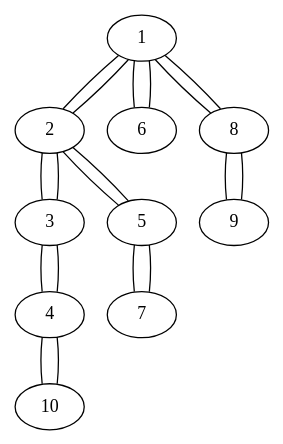
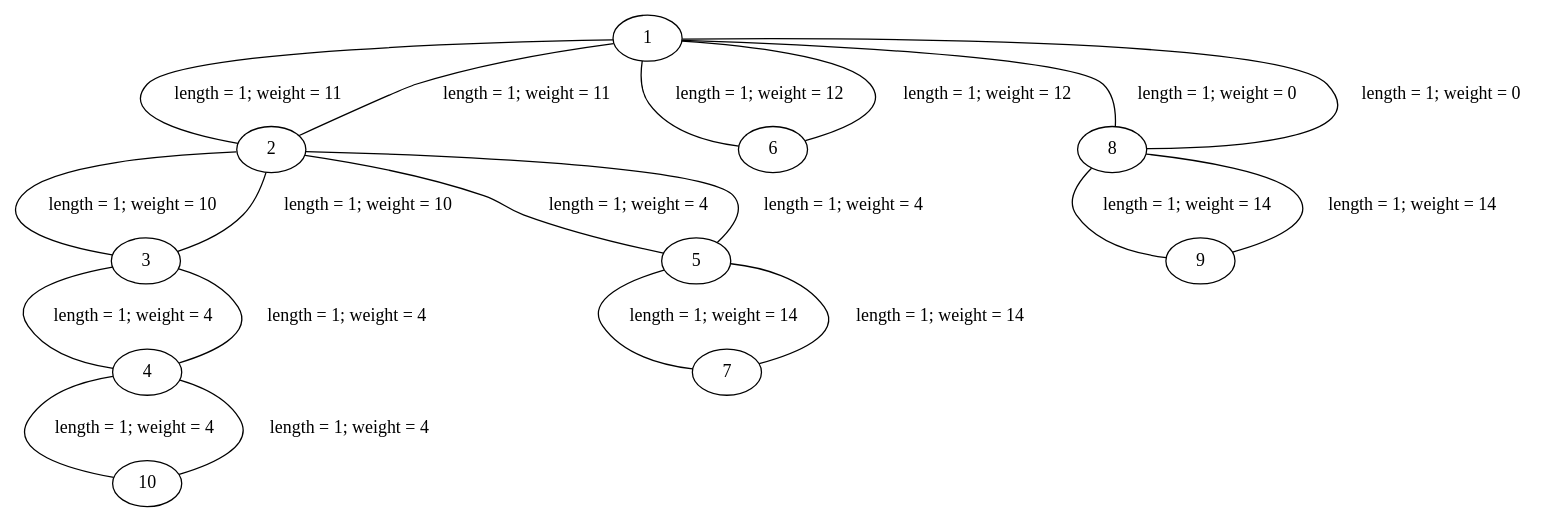
The diagram in graph_viz_output/Graph.gv (adam-elbernoussi/ENSAE-S2-IT-project), drawn with Graphviz before and after one commit. The commit also changed 4 other files, not shown here.

Commit message:
work in progress visu graph

```diff
--- a/graph_viz_output/Graph.gv
+++ b/graph_viz_output/Graph.gv
@@ -1,31 +1,32 @@
 // Graph visualisation
 graph "Graph" {
+	graph [concentrate=True]
 	1
 	2
 	3
 	4
 	5
 	6
 	7
 	8
 	9
 	10
-	1 -- 2 [constraint=True weight=11]
-	1 -- 6 [constraint=True weight=12]
-	1 -- 8 [constraint=True weight=0]
-	2 -- 1 [constraint=True weight=11]
-	2 -- 3 [constraint=True weight=10]
-	2 -- 5 [constraint=True weight=4]
-	3 -- 2 [constraint=True weight=10]
-	3 -- 4 [constraint=True weight=4]
-	4 -- 3 [constraint=True weight=4]
-	4 -- 10 [constraint=True weight=4]
-	5 -- 2 [constraint=True weight=4]
-	5 -- 7 [constraint=True weight=14]
-	6 -- 1 [constraint=True weight=12]
-	7 -- 5 [constraint=True weight=14]
-	8 -- 1 [constraint=True weight=0]
-	8 -- 9 [constraint=True weight=14]
-	9 -- 8 [constraint=True weight=14]
-	10 -- 4 [constraint=True weight=4]
+	1 -- 2 [label="length = 1; weight = 11" weight=11]
+	1 -- 6 [label="length = 1; weight = 12" weight=12]
+	1 -- 8 [label="length = 1; weight = 0" weight=0]
+	2 -- 1 [label="length = 1; weight = 11" weight=11]
+	2 -- 3 [label="length = 1; weight = 10" weight=10]
+	2 -- 5 [label="length = 1; weight = 4" weight=4]
+	3 -- 2 [label="length = 1; weight = 10" weight=10]
+	3 -- 4 [label="length = 1; weight = 4" weight=4]
+	4 -- 3 [label="length = 1; weight = 4" weight=4]
+	4 -- 10 [label="length = 1; weight = 4" weight=4]
+	5 -- 2 [label="length = 1; weight = 4" weight=4]
+	5 -- 7 [label="length = 1; weight = 14" weight=14]
+	6 -- 1 [label="length = 1; weight = 12" weight=12]
+	7 -- 5 [label="length = 1; weight = 14" weight=14]
+	8 -- 1 [label="length = 1; weight = 0" weight=0]
+	8 -- 9 [label="length = 1; weight = 14" weight=14]
+	9 -- 8 [label="length = 1; weight = 14" weight=14]
+	10 -- 4 [label="length = 1; weight = 4" weight=4]
 }
```
